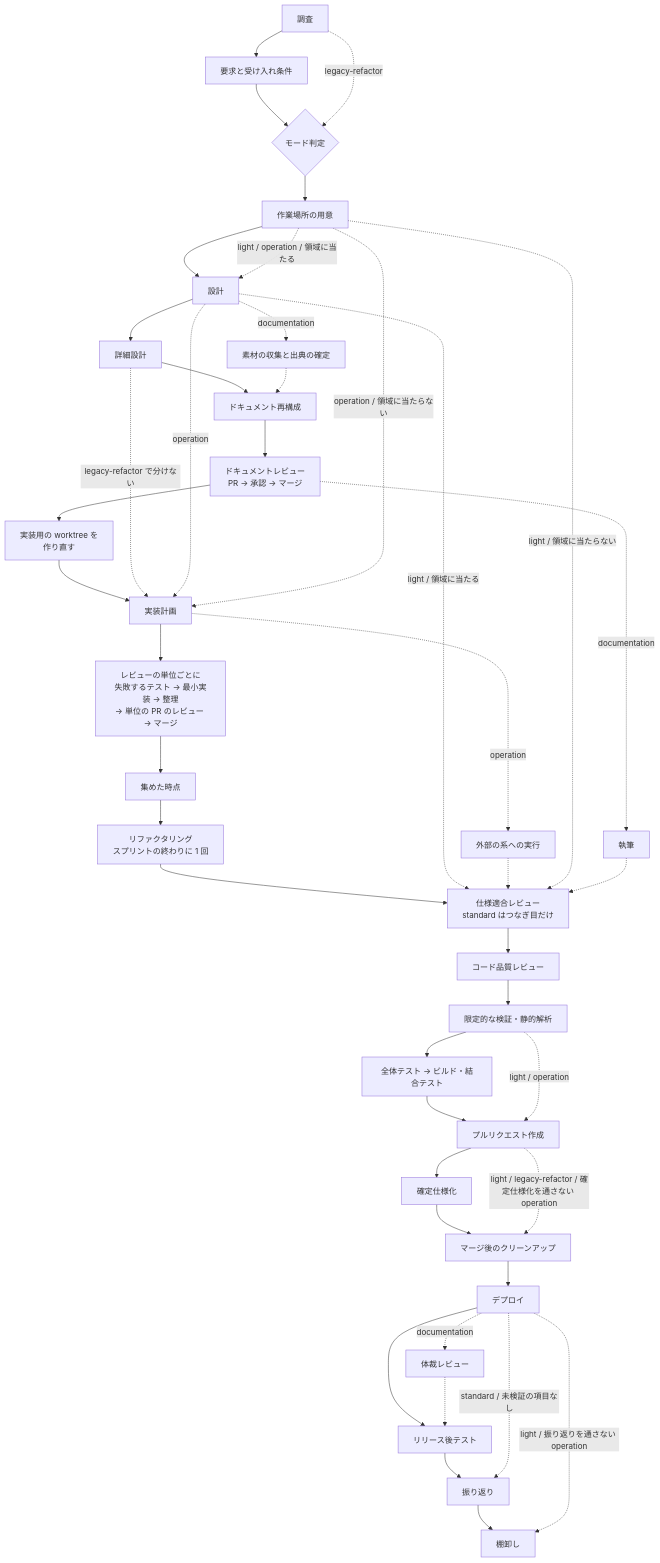
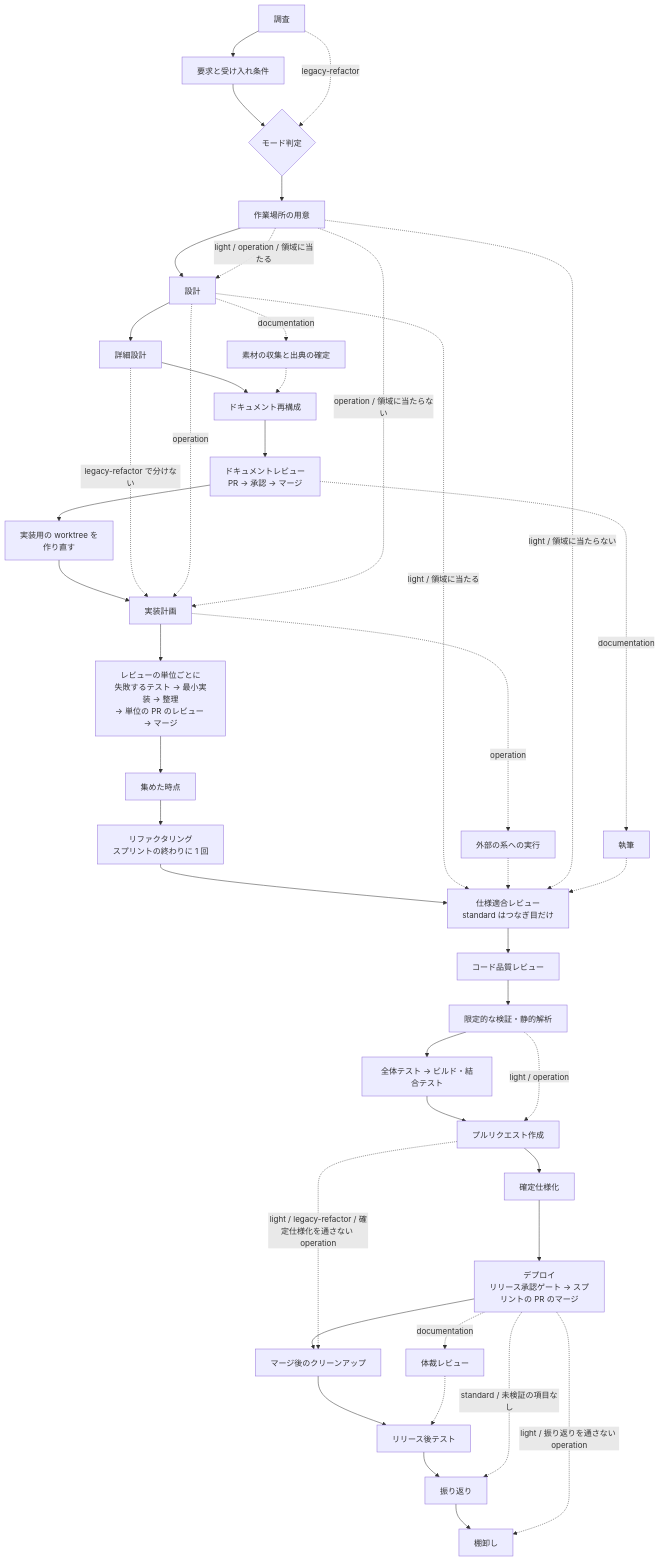
The diagram in plugins/ndf/skills/development-workflow/references/workflow-modes.md (devbasex/ai-plugins), drawn with Mermaid before and after one commit. The commit also changed 19 other files, not shown here.

````diff
--- a/plugins/ndf/skills/development-workflow/references/workflow-modes.md
+++ b/plugins/ndf/skills/development-workflow/references/workflow-modes.md
@@ -92,44 +92,44 @@
 ```mermaid
 flowchart TD
     A[調査] --> B[要求と受け入れ条件]
     B --> D{モード判定}
     D --> S[作業場所の用意]
     S --> C[設計]
     C --> DD[詳細設計]
     DD --> DR[ドキュメント再構成]
     DR --> F[ドキュメントレビュー<br/>PR → 承認 → マージ]
     F --> W[実装用の worktree を<br/>作り直す]
     W --> G[実装計画]
     G --> H[レビューの単位ごとに<br/>失敗するテスト → 最小実装 → 整理<br/>→ 単位の PR のレビュー → マージ]
     H --> GA[集めた時点]
     GA --> R[リファクタリング<br/>スプリントの終わりに 1 回]
     R --> I[仕様適合レビュー<br/>standard はつなぎ目だけ]
     I --> J[コード品質レビュー]
     J --> K[限定的な検証・静的解析]
     K --> N[全体テスト → ビルド・結合テスト]
     N --> L[プルリクエスト作成]
     L --> M[確定仕様化]
-    M --> P[マージ後のクリーンアップ]
-    P --> RL[デプロイ]
-    RL --> Q[リリース後テスト]
+    M --> RL[デプロイ<br/>リリース承認ゲート → スプリントの PR のマージ]
+    RL --> P[マージ後のクリーンアップ]
+    P --> Q[リリース後テスト]
     Q --> T[振り返り] --> BR[棚卸し]
     RL -.->|standard / 未検証の項目なし| T
     A -.->|legacy-refactor| D
     DD -.->|"legacy-refactor で分けない"| G
     C -.->|operation| G
     C -.->|"light / 領域に当たる"| I
     S -.->|"operation / 領域に当たらない"| G
     S -.->|"light / operation / 領域に当たる"| C
     G -.->|operation| X[外部の系への実行]
     X -.-> I
     S -.->|"light / 領域に当たらない"| I
     K -.->|light / operation| L
     L -.->|light / legacy-refactor / 確定仕様化を通さない operation| P
     RL -.->|light / 振り返りを通さない operation| BR
     C -.->|documentation| SR[素材の収集と出典の確定]
     SR -.-> DR
     F -.->|documentation| DW[執筆]
     DW -.-> I
     RL -.->|documentation| LR[体裁レビュー]
     LR -.-> Q
 ```
````
